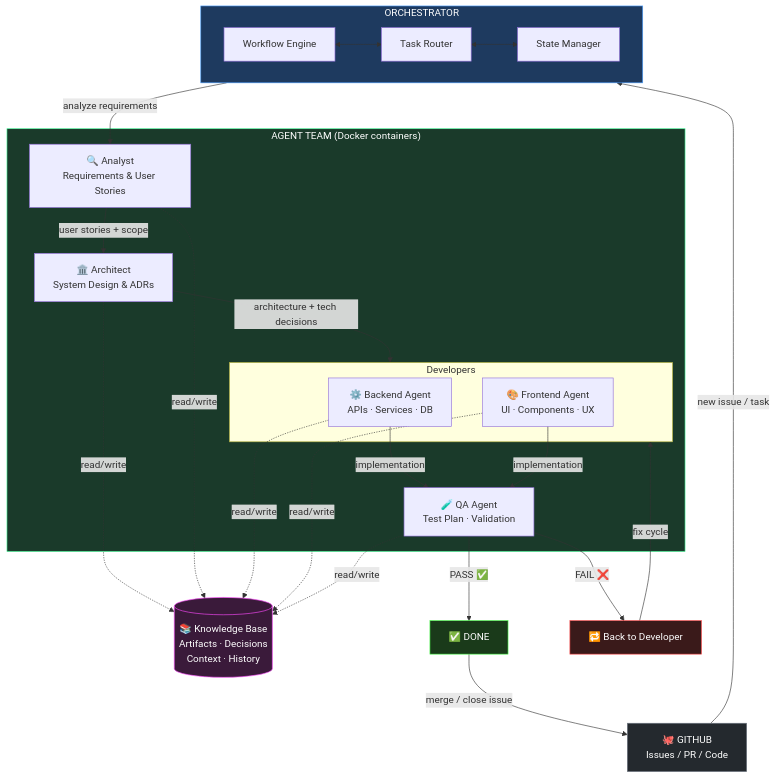
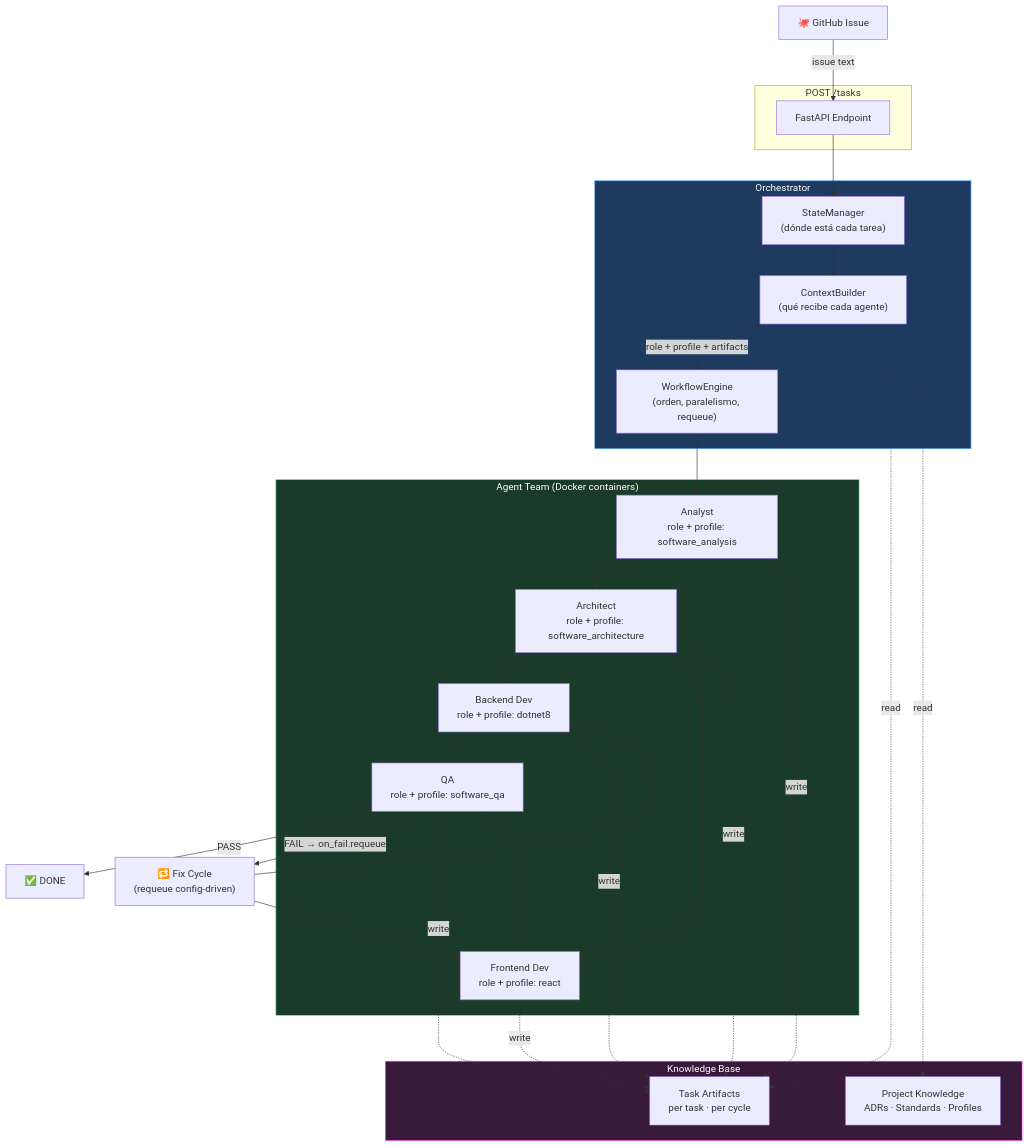
Before and after one commit to alltiq-bo/agentic-factory: the first of 4 diagrams in README.md, drawn with Mermaid. The commit also changed other lines of this file and 33 other files, not shown here.

````diff
--- a/README.md
+++ b/README.md
@@ -51,52 +48,48 @@
 ```mermaid
 flowchart TD
-    GH["🐙 GITHUB\nIssues / PR / Code"]
+    GH["🐙 GitHub Issue"]
 
-    subgraph ORCH["ORCHESTRATOR"]
-        WF["Workflow Engine"]
-        RT["Task Router"]
-        ST["State Manager"]
-        WF <--> RT
-        RT <--> ST
+    subgraph API["POST /tasks"]
+        EP["FastAPI Endpoint"]
     end
 
-    subgraph AGENTS["AGENT TEAM  (Docker containers)"]
-        AN["🔍 Analyst\nRequirements & User Stories"]
-        AR["🏛️ Architect\nSystem Design & ADRs"]
-
-        subgraph DEV["Developers"]
-            BE["⚙️ Backend Agent\nAPIs · Services · DB"]
-            FE["🎨 Frontend Agent\nUI · Components · UX"]
-        end
-
-        QA["🧪 QA Agent\nTest Plan · Validation"]
+    subgraph ORCH["Orchestrator"]
+        SM["StateManager\n(dónde está cada tarea)"]
+        CB["ContextBuilder\n(qué recibe cada agente)"]
+        WE["WorkflowEngine\n(orden, paralelismo, requeue)"]
     end
 
-    KB[("📚 Knowledge Base\nArtifacts · Decisions\nContext · History")]
+    subgraph KB["Knowledge Base"]
+        PK["Project Knowledge\nADRs · Standards · Profiles"]
+        TA["Task Artifacts\nper task · per cycle"]
+    end
+
+    subgraph TEAM["Agent Team (Docker containers)"]
+        AN["Analyst\nrole + profile: software_analysis"]
+        AR["Architect\nrole + profile: software_architecture"]
+        BE["Backend Dev\nrole + profile: dotnet8"]
+        FE["Frontend Dev\nrole + profile: react"]
+        QA["QA\nrole + profile: software_qa"]
+    end
 
     DONE["✅ DONE"]
-    RETRY["🔁 Back to Developer"]
+    FIX["🔁 Fix Cycle\n(requeue config-driven)"]
 
-    GH -->|"new issue / task"| ORCH
-    ORCH -->|"analyze requirements"| AN
-    AN -->|"user stories + scope"| AR
-    AR -->|"architecture + tech decisions"| DEV
-    AR -.->|"read/write"| KB
-    AN -.->|"read/write"| KB
-    BE -.->|"read/write"| KB
-    FE -.->|"read/write"| KB
-    QA -.->|"read/write"| KB
-    BE -->|"implementation"| QA
-    FE -->|"implementation"| QA
-    QA -->|"PASS ✅"| DONE
-    QA -->|"FAIL ❌"| RETRY
-    RETRY -->|"fix cycle"| DEV
-    DONE -->|"merge / close issue"| GH
+    GH -->|"issue text"| EP
+    EP --> SM
+    SM --> CB
+    CB -->|"role + profile + artifacts"| WE
+    WE --> AN --> AR
+    AR --> BE & FE
+    BE & FE --> QA
+    QA -->|"PASS"| DONE
+    QA -->|"FAIL → on_fail.requeue"| FIX
+    FIX --> BE & FE
+    AN & AR & BE & FE & QA -.->|"write"| TA
+    CB -.->|"read"| TA
+    CB -.->|"read"| PK
 
     style ORCH fill:#1e3a5f,color:#fff,stroke:#4a9eff
-    style AGENTS fill:#1a3a2a,color:#fff,stroke:#4aff9e
+    style TEAM fill:#1a3a2a,color:#fff,stroke:#4aff9e
     style KB fill:#3a1a3a,color:#fff,stroke:#ff4aff
-    style DONE fill:#1a3a1a,color:#fff,stroke:#4aff4a
-    style RETRY fill:#3a1a1a,color:#fff,stroke:#ff4a4a
-    style GH fill:#24292e,color:#fff,stroke:#6e7681
 ```
````
